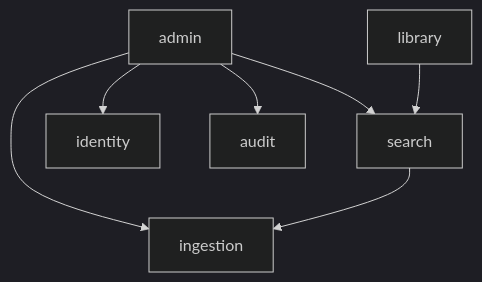
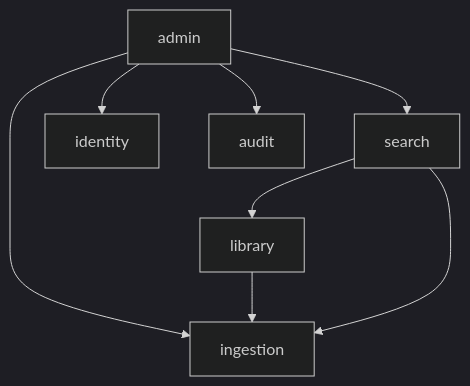
The third of 8 diagrams in docs/04-mimari.md (FallErdem/haber-arama-platformu), drawn with Mermaid (dark theme) before and after one commit. The commit also changed other lines of this file and 3 other files, not shown here.

````diff
--- a/docs/04-mimari.md
+++ b/docs/04-mimari.md
@@ -114,16 +114,17 @@
 ```mermaid
 flowchart TD
     admin["admin"]
     library["library"]
     search["search"]
     ingestion["ingestion"]
     identity["identity"]
     audit["audit"]
 
     admin --> identity
     admin --> ingestion
     admin --> search
     admin --> audit
-    library --> search
+    library --> ingestion
     search --> ingestion
+    search --> library
 ```
````
